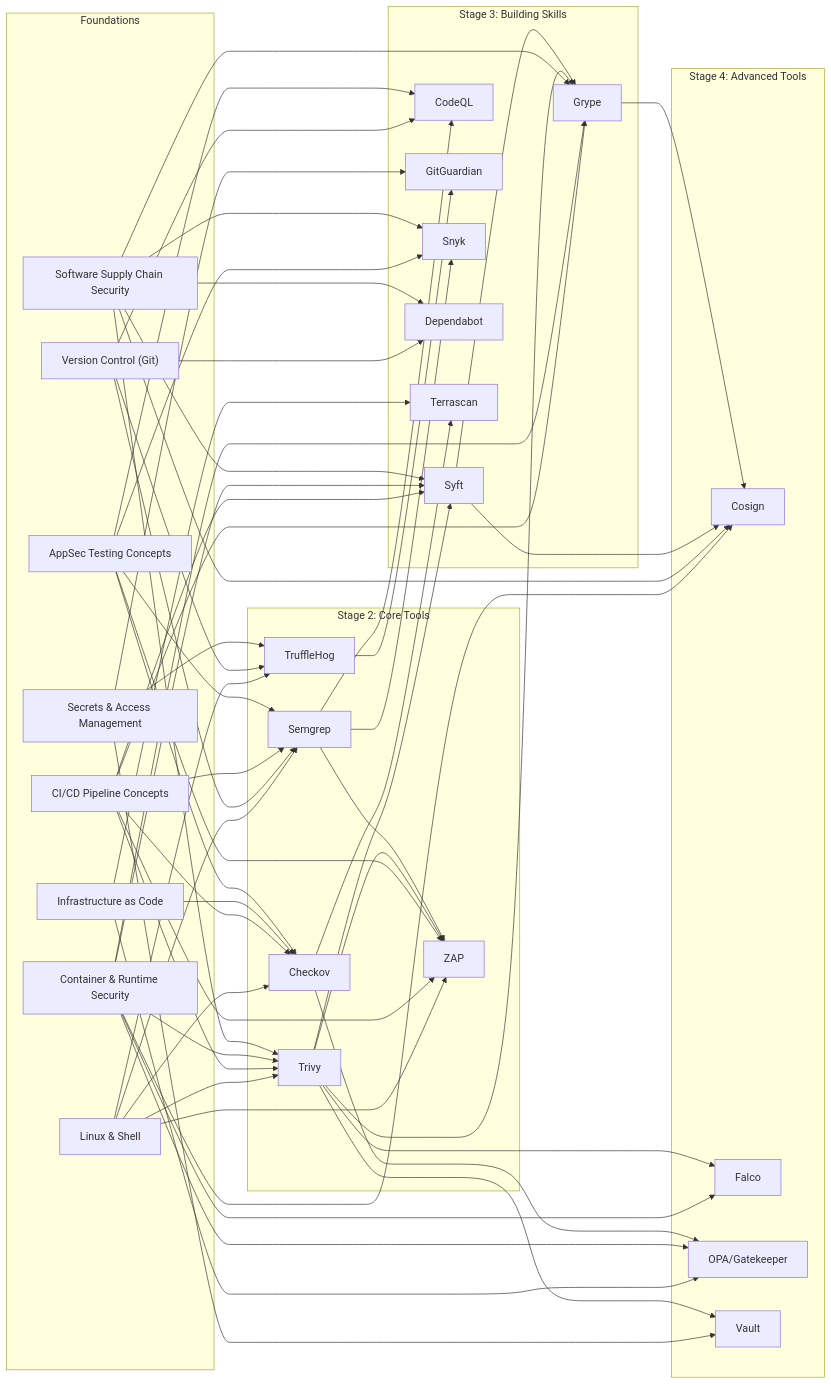
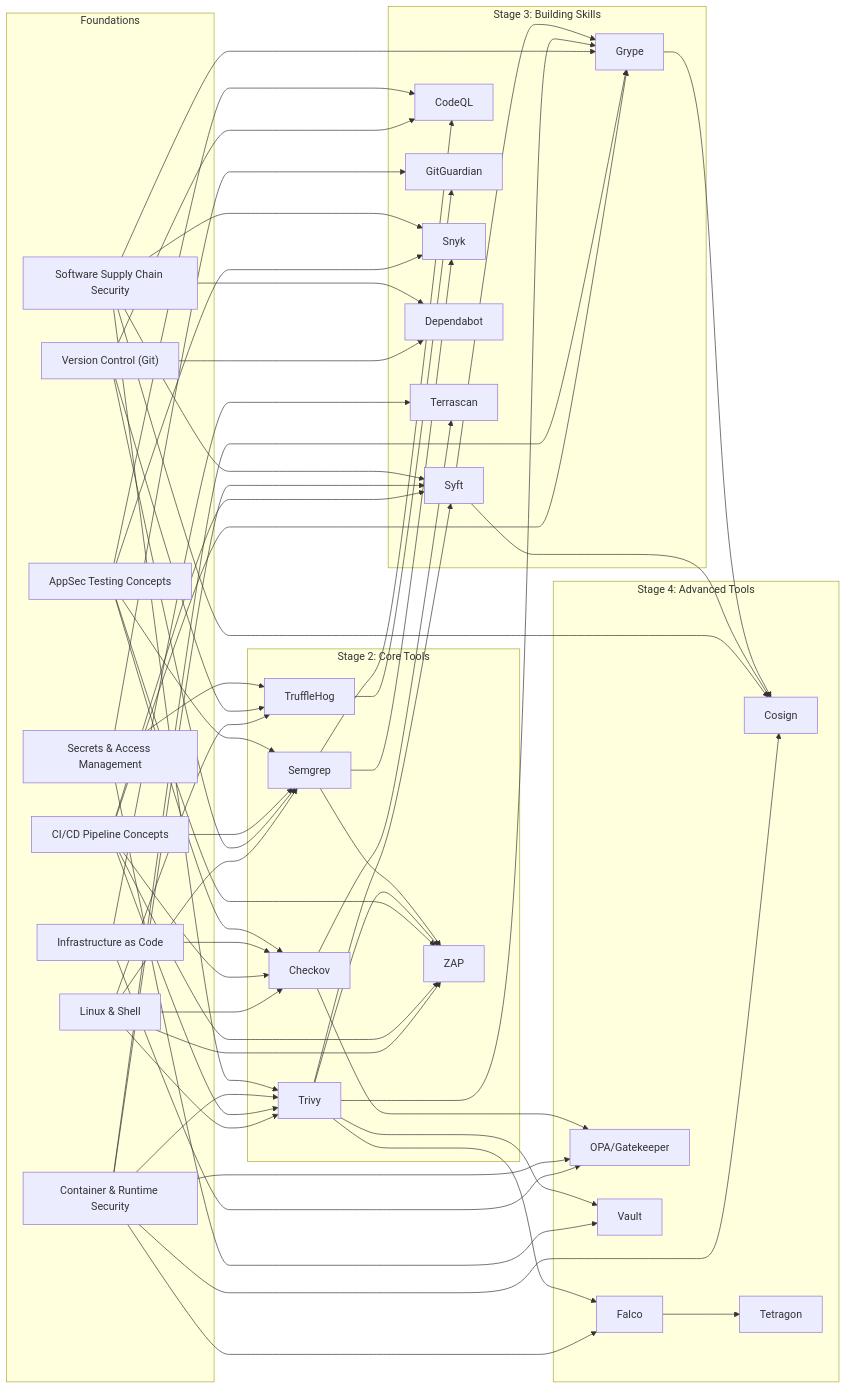
Before and after one commit to Sainathkeesara/DevSecOps-Kit: the diagram in 00_index/learning-path.md, drawn with Mermaid. The commit also changed other lines of this file and 3 other files, not shown here.

````diff
--- a/00_index/learning-path.md
+++ b/00_index/learning-path.md
@@ -60,54 +61,56 @@
 ```mermaid
 flowchart LR
   subgraph Foundations
     Linux["Linux & Shell"]
     Git["Version Control (Git)"]
     CICD["CI/CD Pipeline Concepts"]
     IaC["Infrastructure as Code"]
     AppSec["AppSec Testing Concepts"]
     Container["Container & Runtime Security"]
     Secrets["Secrets & Access Management"]
     SupplyChain["Software Supply Chain Security"]
   end
 
   subgraph Core[Stage 2: Core Tools]
     Trivy
     Semgrep
     Checkov
     TruffleHog
     ZAP
   end
 
   subgraph Intermediate[Stage 3: Building Skills]
     Syft
     Grype
     CodeQL
     GitGuardian
     Snyk
     Dependabot
     Terrascan
   end
 
   subgraph Advanced[Stage 4: Advanced Tools]
     Cosign
     Falco
     OPA["OPA/Gatekeeper"]
     Vault
+    Tetragon
   end
 
   Linux --> Trivy & Semgrep & Checkov & TruffleHog & ZAP
   Git --> TruffleHog & CodeQL & Semgrep & Dependabot
   CICD --> Trivy & Semgrep & Checkov & Syft & Grype & ZAP
   IaC --> Checkov & Terrascan & OPA
   AppSec --> Semgrep & CodeQL & ZAP & Snyk & Checkov
   Container --> Trivy & Syft & Grype & Cosign & Falco & OPA
   Secrets --> Vault & TruffleHog & GitGuardian
   SupplyChain --> Syft & Grype & Cosign & Trivy & Dependabot & Snyk
 
   Trivy --> Syft & Grype & ZAP & Vault & Falco
+  Falco --> Tetragon
   Semgrep --> ZAP & CodeQL & Snyk
   Checkov --> Terrascan & OPA
   TruffleHog --> GitGuardian
   Syft --> Grype & Cosign
   Grype --> Cosign
 ```
````
